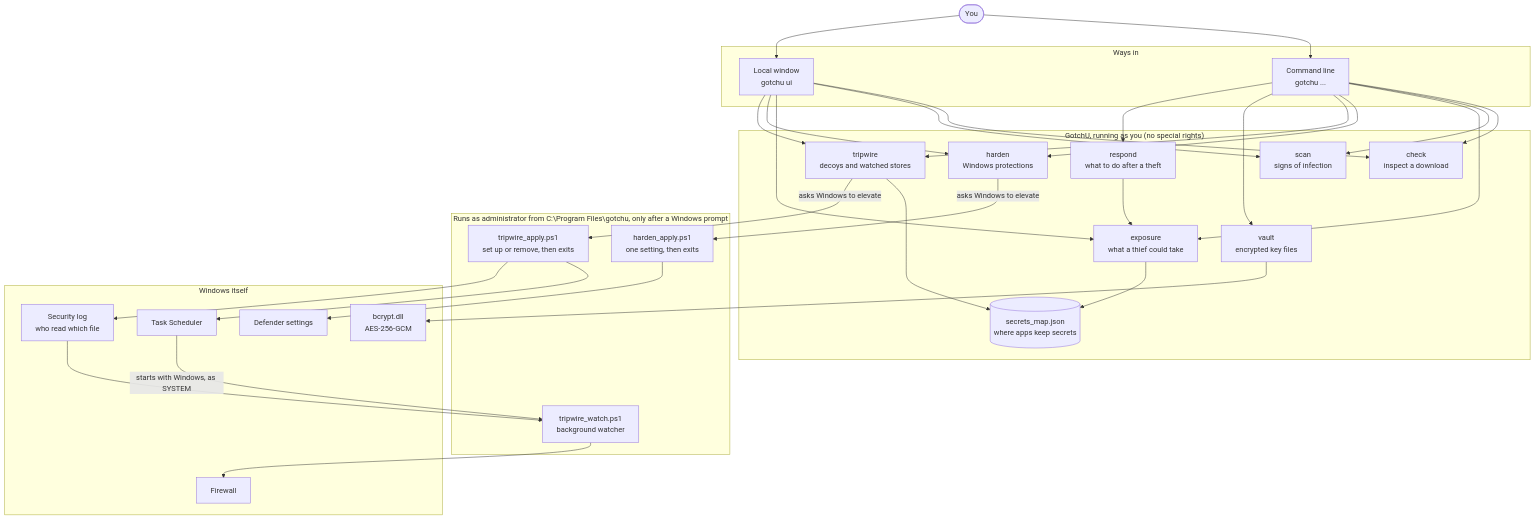
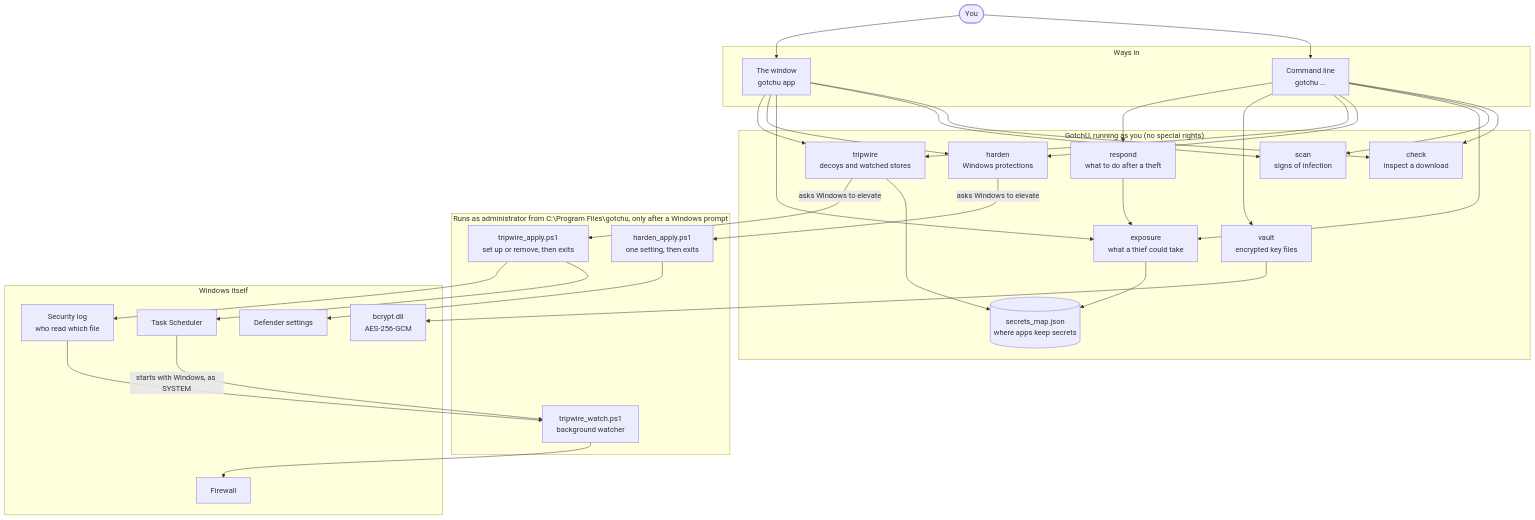
The first of 7 diagrams in docs/ARCHITECTURE.md (AnshMittal08/GotchU), drawn with Mermaid before and after one commit. The commit also changed other lines of this file and 27 other files, not shown here.

First line of the commit message:
0.2.0: GotchU as an app with its own window

````diff
--- a/docs/ARCHITECTURE.md
+++ b/docs/ARCHITECTURE.md
@@ -8,49 +8,49 @@
 ```mermaid
 flowchart TB
     user(["You"])
 
     subgraph entry["Ways in"]
         cli["Command line<br/>gotchu ..."]
-        ui["Local window<br/>gotchu ui"]
+        ui["The window<br/>gotchu app"]
     end
 
     subgraph core["GotchU, running as you (no special rights)"]
         check["check<br/>inspect a download"]
         scan["scan<br/>signs of infection"]
         exposure["exposure<br/>what a thief could take"]
         harden["harden<br/>Windows protections"]
         tripwire["tripwire<br/>decoys and watched stores"]
         respond["respond<br/>what to do after a theft"]
         vault["vault<br/>encrypted key files"]
         map[("secrets_map.json<br/>where apps keep secrets")]
     end
 
     subgraph elevated["Runs as administrator from C:\Program Files\gotchu, only after a Windows prompt"]
         happly["harden_apply.ps1<br/>one setting, then exits"]
         tapply["tripwire_apply.ps1<br/>set up or remove, then exits"]
         watcher["tripwire_watch.ps1<br/>background watcher"]
     end
 
     subgraph windows["Windows itself"]
         defender["Defender settings"]
         seclog["Security log<br/>who read which file"]
         tasks["Task Scheduler"]
         firewall["Firewall"]
         crypto["bcrypt.dll<br/>AES-256-GCM"]
     end
 
     user --> cli
     user --> ui
     ui --> check & scan & exposure & harden & tripwire
     cli --> check & scan & exposure & harden & tripwire & vault & respond
     respond --> exposure
     exposure --> map
     tripwire --> map
     harden -- "asks Windows to elevate" --> happly --> defender
     tripwire -- "asks Windows to elevate" --> tapply
     tapply --> tasks & seclog
     tasks -- "starts with Windows, as SYSTEM" --> watcher
     seclog --> watcher
     watcher --> firewall
     vault --> crypto
 ```
````
